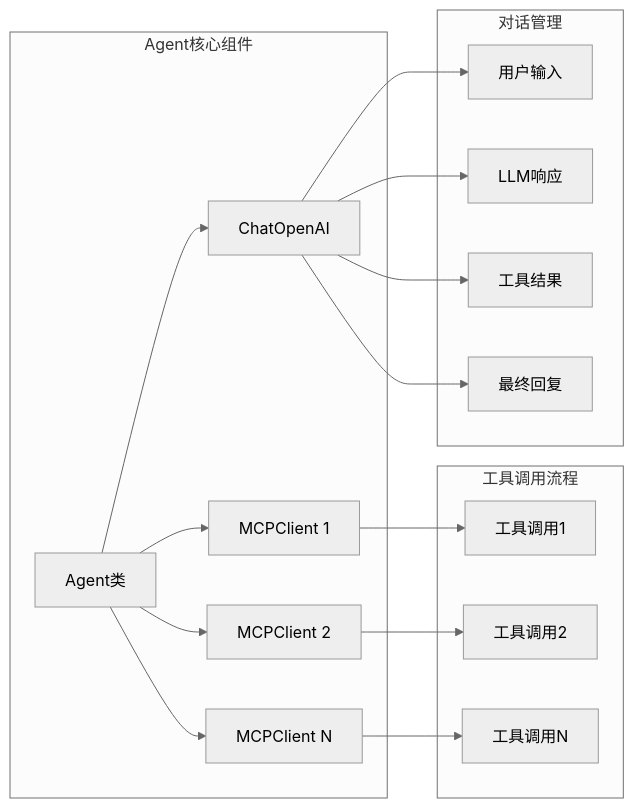
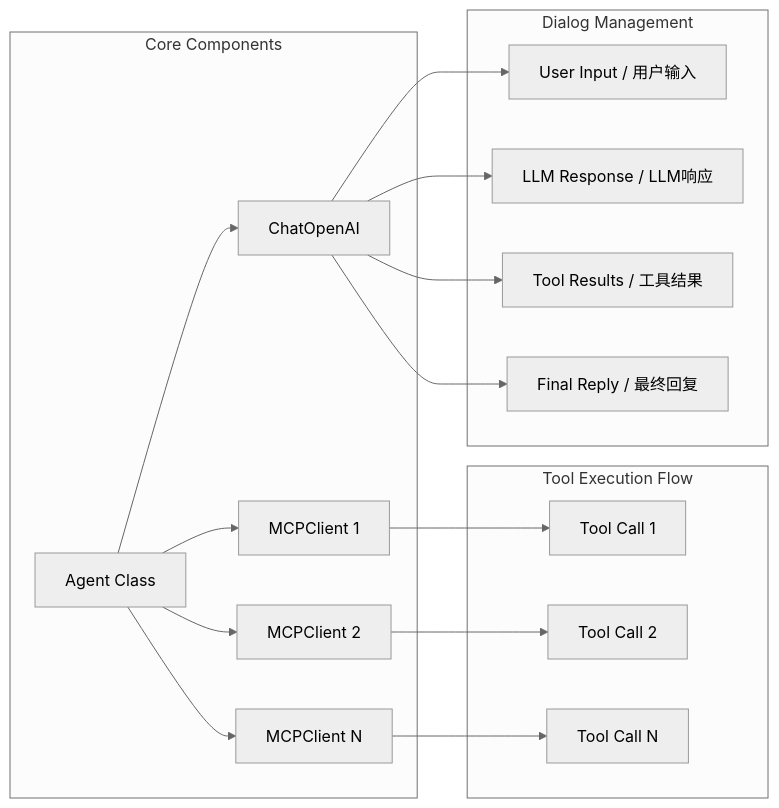
Before and after one commit to NEDONION/llm-mcp-rag-typescript: the second of 5 diagrams in architecture-diagram.md, drawn with Mermaid (neutral theme). The commit also changed other lines of this file and 1 other file, not shown here.

````diff
--- a/architecture-diagram.md
+++ b/architecture-diagram.md
@@ -79,37 +74,37 @@
 ```mermaid
 graph LR
-    subgraph "Agent核心组件"
-        A[Agent类]
+    subgraph "Core Components"
+        A[Agent Class]
         C[ChatOpenAI]
         M1[MCPClient 1]
         M2[MCPClient 2]
         M3[MCPClient N]
     end
     
-    subgraph "工具调用流程"
-        T1[工具调用1]
-        T2[工具调用2]
-        T3[工具调用N]
+    subgraph "Tool Execution Flow"
+        T1[Tool Call 1]
+        T2[Tool Call 2]
+        T3[Tool Call N]
     end
     
-    subgraph "对话管理"
-        D1[用户输入]
-        D2[LLM响应]
-        D3[工具结果]
-        D4[最终回复]
+    subgraph "Dialog Management"
+        D1[User Input / 用户输入]
+        D2[LLM Response / LLM响应]
+        D3[Tool Results / 工具结果]
+        D4[Final Reply / 最终回复]
     end
     
     A --> C
     A --> M1
     A --> M2
     A --> M3
     
     C --> D1
     C --> D2
     C --> D3
     C --> D4
     
     M1 --> T1
     M2 --> T2
     M3 --> T3
 ```
````
